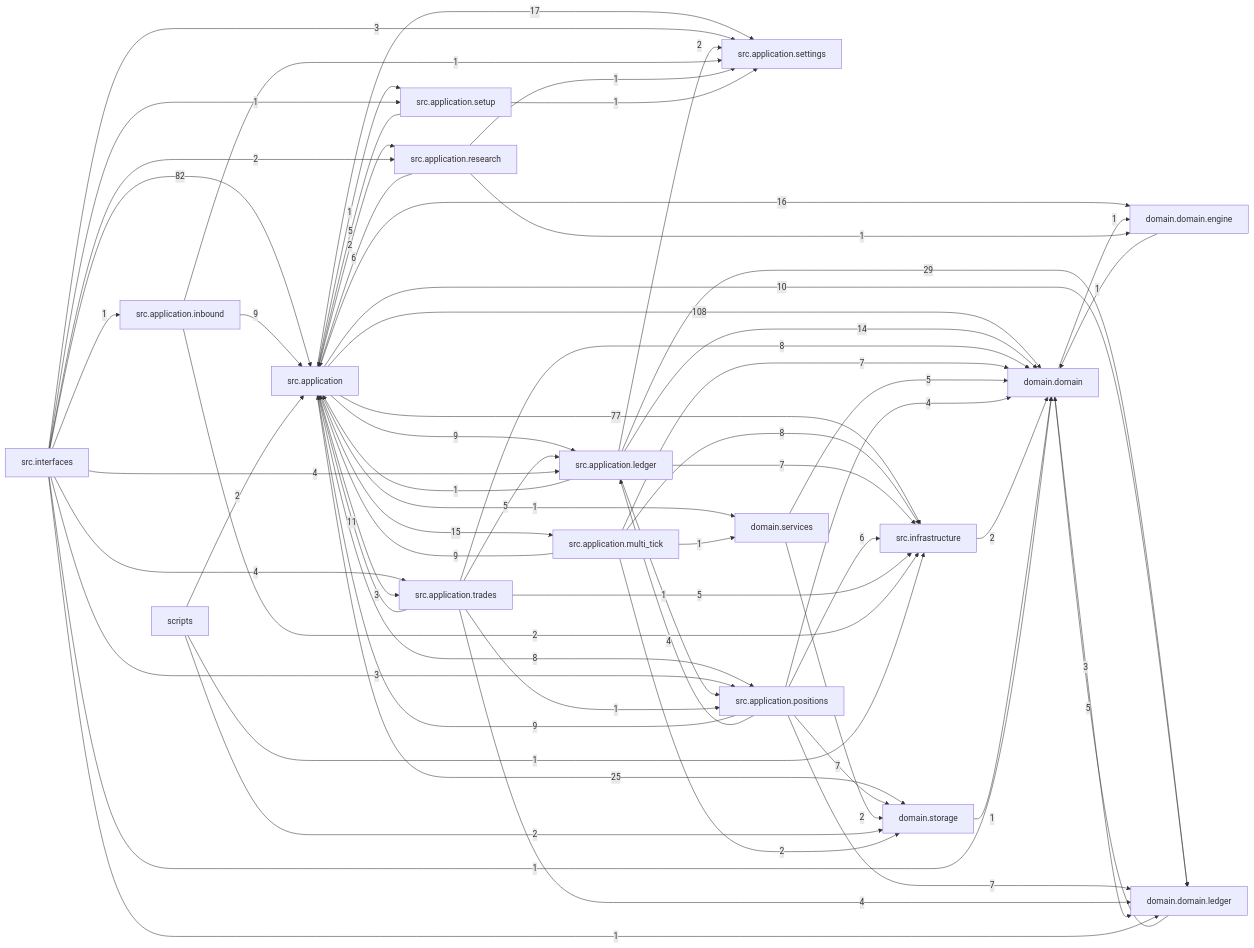
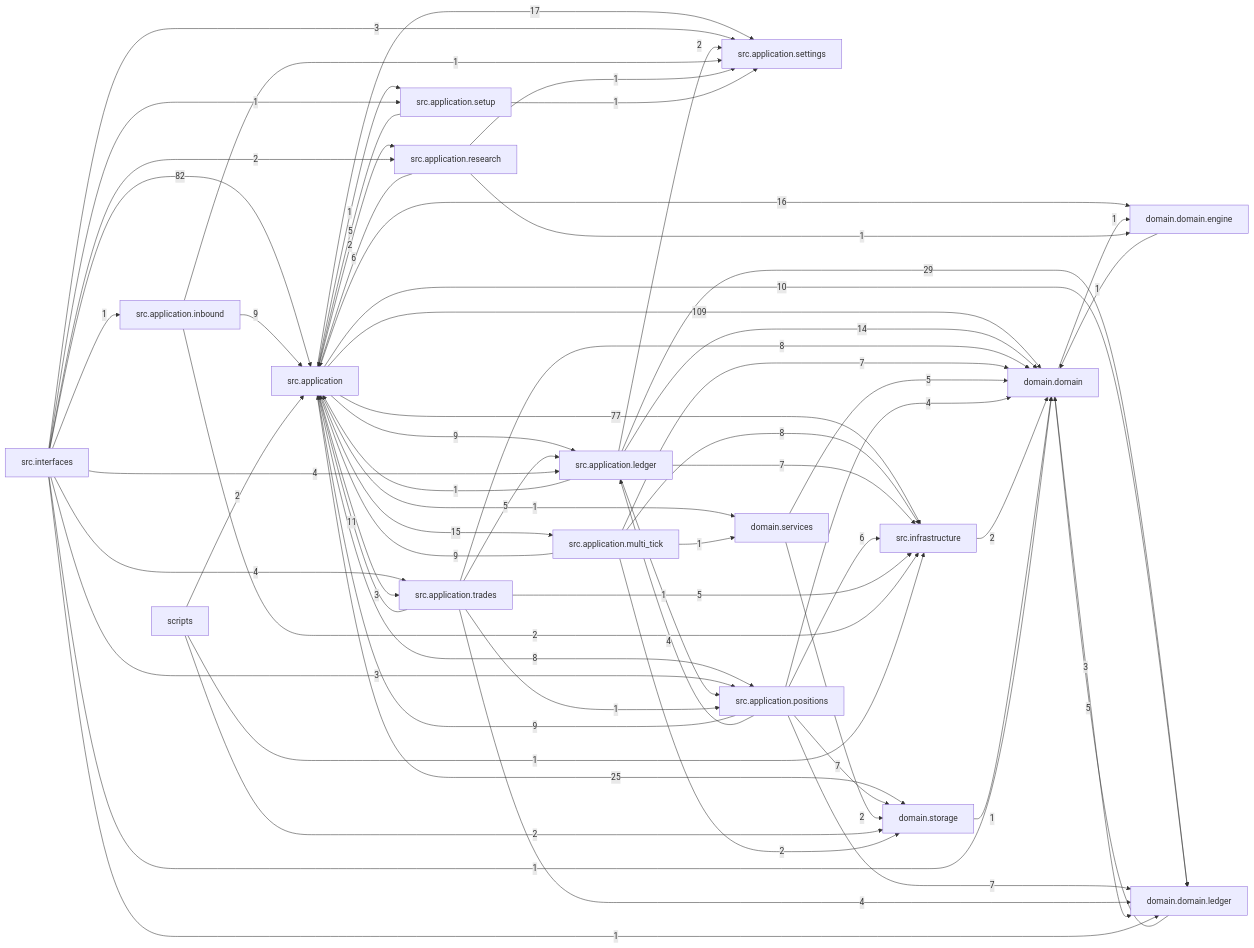
One commit to liuxie066/options-monitor changed the diagram in docs/dependency_graph.mmd. Above: the diagram before and after it, drawn with Mermaid. The commit also changed 45 other files, not shown here.

```diff
--- a/docs/dependency_graph.mmd
+++ b/docs/dependency_graph.mmd
@@ -1,66 +1,66 @@
 flowchart LR
-  src_application["src.application"] -->|108| domain_domain["domain.domain"]
+  src_application["src.application"] -->|109| domain_domain["domain.domain"]
   src_interfaces["src.interfaces"] -->|82| src_application["src.application"]
   src_application["src.application"] -->|77| src_infrastructure["src.infrastructure"]
   src_application_ledger["src.application.ledger"] -->|29| domain_domain_ledger["domain.domain.ledger"]
   src_application["src.application"] -->|25| domain_storage["domain.storage"]
   src_application["src.application"] -->|17| src_application_settings["src.application.settings"]
   src_application["src.application"] -->|16| domain_domain_engine["domain.domain.engine"]
   src_application["src.application"] -->|15| src_application_multi_tick["src.application.multi_tick"]
   src_application_ledger["src.application.ledger"] -->|14| domain_domain["domain.domain"]
   src_application_trades["src.application.trades"] -->|11| src_application["src.application"]
   src_application["src.application"] -->|10| domain_domain_ledger["domain.domain.ledger"]
   src_application["src.application"] -->|9| src_application_ledger["src.application.ledger"]
   src_application_inbound["src.application.inbound"] -->|9| src_application["src.application"]
   src_application_multi_tick["src.application.multi_tick"] -->|9| src_application["src.application"]
   src_application_positions["src.application.positions"] -->|9| src_application["src.application"]
   src_application["src.application"] -->|8| src_application_positions["src.application.positions"]
   src_application_multi_tick["src.application.multi_tick"] -->|8| src_infrastructure["src.infrastructure"]
   src_application_trades["src.application.trades"] -->|8| domain_domain["domain.domain"]
   src_application_ledger["src.application.ledger"] -->|7| src_infrastructure["src.infrastructure"]
   src_application_multi_tick["src.application.multi_tick"] -->|7| domain_domain["domain.domain"]
   src_application_positions["src.application.positions"] -->|7| domain_domain_ledger["domain.domain.ledger"]
   src_application_positions["src.application.positions"] -->|7| domain_storage["domain.storage"]
   src_application_positions["src.application.positions"] -->|6| src_infrastructure["src.infrastructure"]
   src_application_research["src.application.research"] -->|6| src_application["src.application"]
   domain_domain_ledger["domain.domain.ledger"] -->|5| domain_domain["domain.domain"]
   domain_services["domain.services"] -->|5| domain_domain["domain.domain"]
   src_application_setup["src.application.setup"] -->|5| src_application["src.application"]
   src_application_trades["src.application.trades"] -->|5| src_application_ledger["src.application.ledger"]
   src_application_trades["src.application.trades"] -->|5| src_infrastructure["src.infrastructure"]
   src_application_positions["src.application.positions"] -->|4| domain_domain["domain.domain"]
   src_application_positions["src.application.positions"] -->|4| src_application_ledger["src.application.ledger"]
   src_application_trades["src.application.trades"] -->|4| domain_domain_ledger["domain.domain.ledger"]
   src_interfaces["src.interfaces"] -->|4| src_application_ledger["src.application.ledger"]
   src_interfaces["src.interfaces"] -->|4| src_application_trades["src.application.trades"]
   domain_domain["domain.domain"] -->|3| domain_domain_ledger["domain.domain.ledger"]
   src_application["src.application"] -->|3| src_application_trades["src.application.trades"]
   src_interfaces["src.interfaces"] -->|3| src_application_positions["src.application.positions"]
   src_interfaces["src.interfaces"] -->|3| src_application_settings["src.application.settings"]
   domain_services["domain.services"] -->|2| domain_storage["domain.storage"]
   scripts["scripts"] -->|2| domain_storage["domain.storage"]
   scripts["scripts"] -->|2| src_application["src.application"]
   src_application["src.application"] -->|2| src_application_research["src.application.research"]
   src_application_inbound["src.application.inbound"] -->|2| src_infrastructure["src.infrastructure"]
   src_application_ledger["src.application.ledger"] -->|2| src_application_settings["src.application.settings"]
   src_application_multi_tick["src.application.multi_tick"] -->|2| domain_storage["domain.storage"]
   src_infrastructure["src.infrastructure"] -->|2| domain_domain["domain.domain"]
   src_interfaces["src.interfaces"] -->|2| src_application_research["src.application.research"]
   domain_domain["domain.domain"] -->|1| domain_domain_engine["domain.domain.engine"]
   domain_domain_engine["domain.domain.engine"] -->|1| domain_domain["domain.domain"]
   domain_storage["domain.storage"] -->|1| domain_domain["domain.domain"]
   scripts["scripts"] -->|1| src_infrastructure["src.infrastructure"]
   src_application["src.application"] -->|1| domain_services["domain.services"]
   src_application["src.application"] -->|1| src_application_setup["src.application.setup"]
   src_application_inbound["src.application.inbound"] -->|1| src_application_settings["src.application.settings"]
   src_application_ledger["src.application.ledger"] -->|1| src_application["src.application"]
   src_application_ledger["src.application.ledger"] -->|1| src_application_positions["src.application.positions"]
   src_application_multi_tick["src.application.multi_tick"] -->|1| domain_services["domain.services"]
   src_application_research["src.application.research"] -->|1| domain_domain_engine["domain.domain.engine"]
   src_application_research["src.application.research"] -->|1| src_application_settings["src.application.settings"]
   src_application_setup["src.application.setup"] -->|1| src_application_settings["src.application.settings"]
   src_application_trades["src.application.trades"] -->|1| src_application_positions["src.application.positions"]
   src_interfaces["src.interfaces"] -->|1| domain_domain["domain.domain"]
   src_interfaces["src.interfaces"] -->|1| domain_domain_ledger["domain.domain.ledger"]
   src_interfaces["src.interfaces"] -->|1| src_application_inbound["src.application.inbound"]
   src_interfaces["src.interfaces"] -->|1| src_application_setup["src.application.setup"]
```
